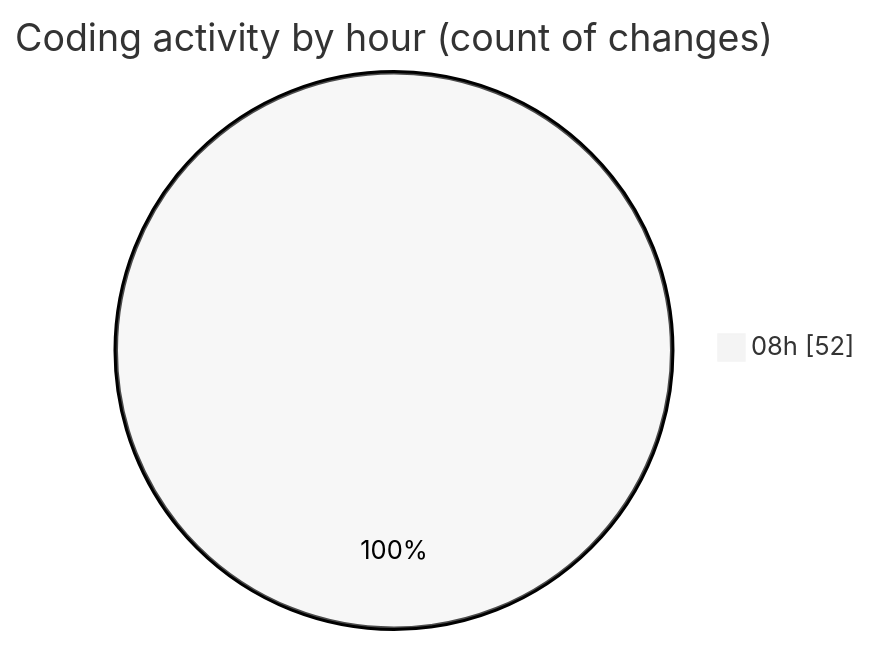
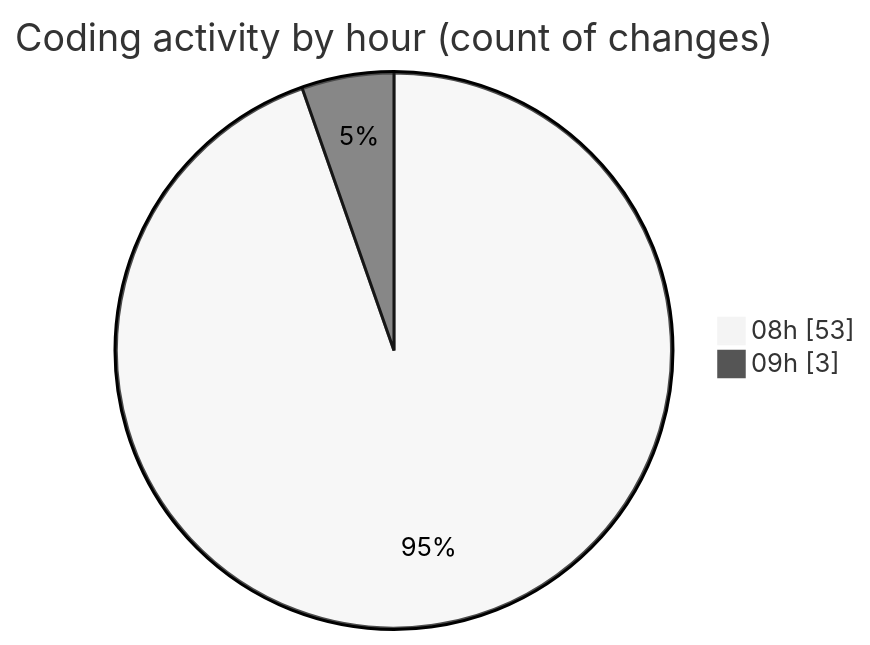
Before and after one commit to momahboobian/code-tracking: the second of 2 diagrams in 2026-05-01/cda/README.md, drawn with Mermaid (neutral theme). The commit also changed other lines of this file and 1 other file, not shown here.

````diff
--- a/2026-05-01/cda/README.md
+++ b/2026-05-01/cda/README.md
@@ -72,5 +72,6 @@
 ```mermaid
 pie showData
 title Coding activity by hour (count of changes)
-"08h" : 52
+"08h" : 53
+"09h" : 3
 ```
````
